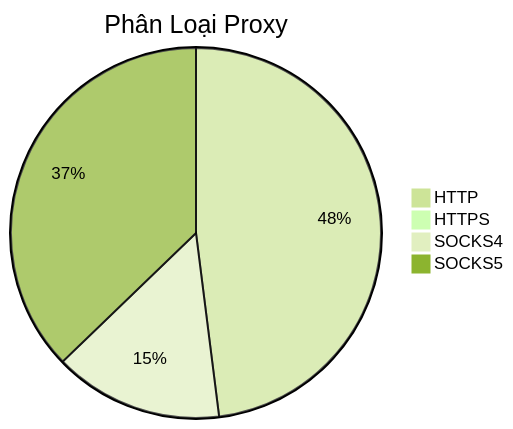
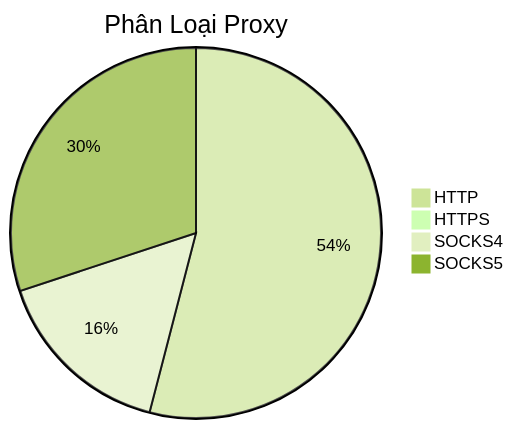
One commit to Ciara-12/PROXY-free changed the diagram in README.md. Above: the diagram before and after it, drawn with Mermaid (forest theme). The commit also changed other lines of this file and 3 other files, not shown here.

````diff
--- a/README.md
+++ b/README.md
@@ -26,7 +26,7 @@
 ```mermaid
 pie title Phân Loại Proxy
-    "HTTP" : 974
+    "HTTP" : 965
     "HTTPS" : 0
-    "SOCKS4" : 300
-    "SOCKS5" : 755
+    "SOCKS4" : 284
+    "SOCKS5" : 537
 ```
````
